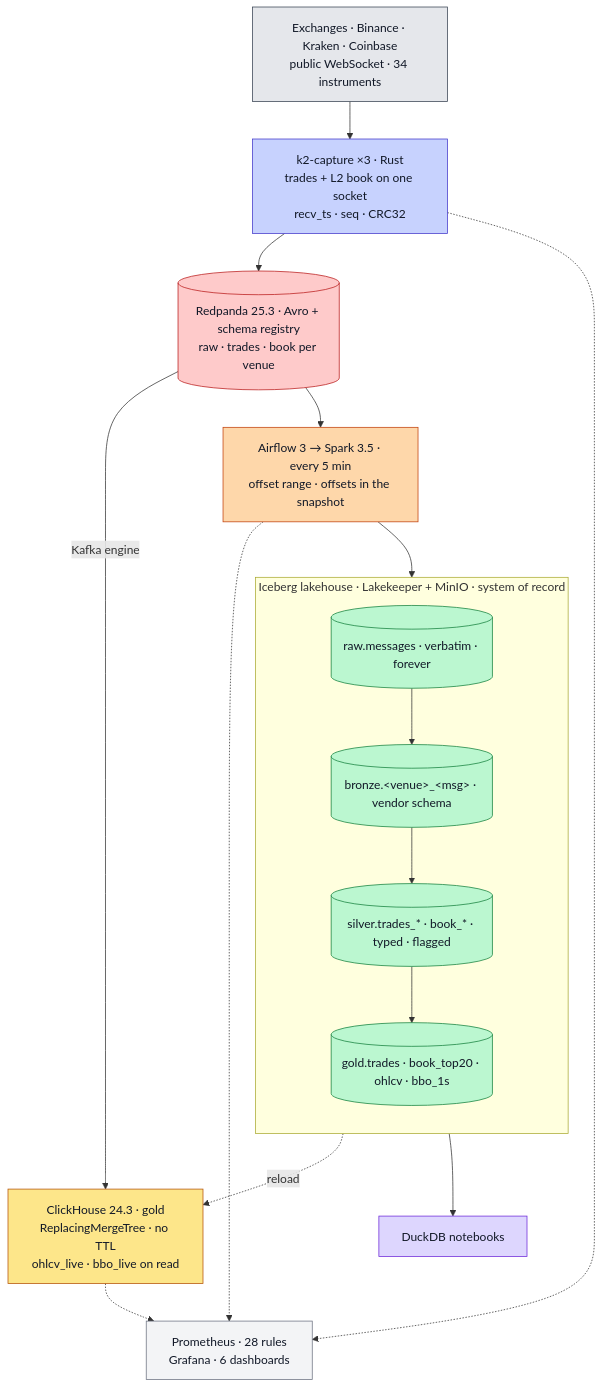
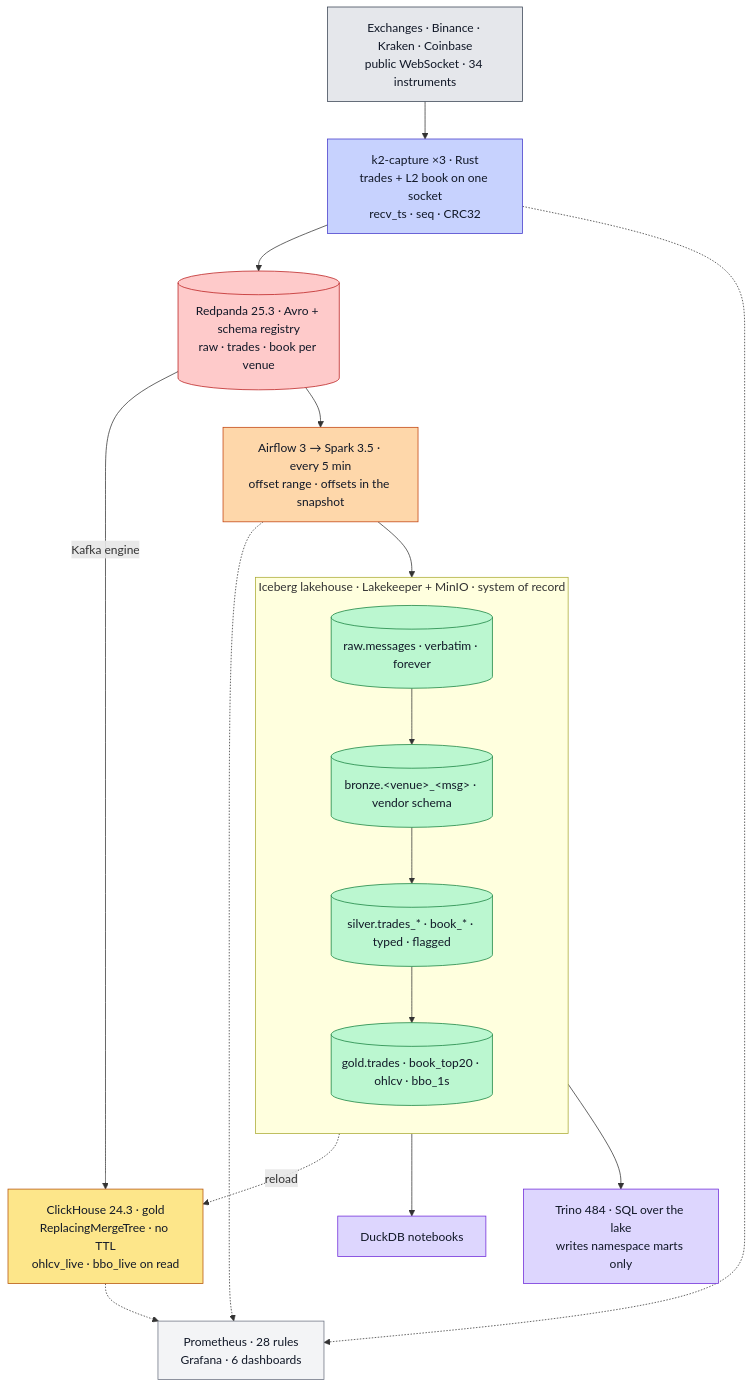
The diagram in README.md (rjdscott/k2-market-data-platform), drawn with Mermaid before and after one commit. The commit also changed other lines of this file and 15 other files, not shown here.

First line of the commit message:
docs: Trino, namespace marts and the 24 CPU / 42 GiB ceiling across the docs

````diff
--- a/README.md
+++ b/README.md
@@ -56,34 +56,36 @@
 ```mermaid
 flowchart TB
   E["Exchanges · Binance · Kraken · Coinbase<br/>public WebSocket · 34 instruments"]:::ex
   F["k2-capture ×3 · Rust<br/>trades + L2 book on one socket<br/>recv_ts · seq · CRC32"]:::rs
   R[("Redpanda 25.3 · Avro + schema registry<br/>raw · trades · book per venue")]:::rp
   C["ClickHouse 24.3 · gold<br/>ReplacingMergeTree · no TTL<br/>ohlcv_live · bbo_live on read"]:::ch
   S["Airflow 3 → Spark 3.5 · every 5 min<br/>offset range · offsets in the snapshot"]:::sp
   subgraph L["Iceberg lakehouse · Lakekeeper + MinIO · system of record"]
     direction TB
     RAW[("raw.messages · verbatim · forever")]:::lk
     BR[("bronze.&lt;venue&gt;_&lt;msg&gt; · vendor schema")]:::lk
     SV[("silver.trades_* · book_* · typed · flagged")]:::lk
     GD[("gold.trades · book_top20 · ohlcv · bbo_1s")]:::lk
     RAW --> BR --> SV --> GD
   end
   N["DuckDB notebooks"]:::nb
+  T["Trino 484 · SQL over the lake<br/>writes namespace marts only"]:::nb
   O["Prometheus · 28 rules<br/>Grafana · 6 dashboards"]:::ob
 
   E --> F --> R
   R -->|Kafka engine| C
   R --> S --> RAW
   GD -.->|reload| C
   GD --> N
+  L --> T
   F & S & C -.-> O
 
   classDef ex fill:#e5e7eb,stroke:#374151,color:#111827
   classDef rs fill:#c7d2fe,stroke:#4338ca,color:#111827
   classDef rp fill:#fecaca,stroke:#b91c1c,color:#111827
   classDef lk fill:#bbf7d0,stroke:#15803d,color:#111827
   classDef sp fill:#fed7aa,stroke:#c2410c,color:#111827
   classDef ch fill:#fde68a,stroke:#b45309,color:#111827
   classDef nb fill:#ddd6fe,stroke:#6d28d9,color:#111827
   classDef ob fill:#f3f4f6,stroke:#6b7280,color:#111827
 ```
````
